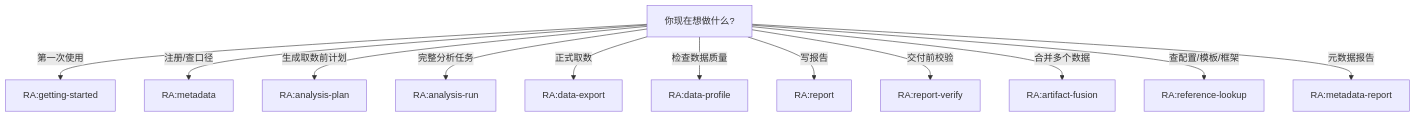
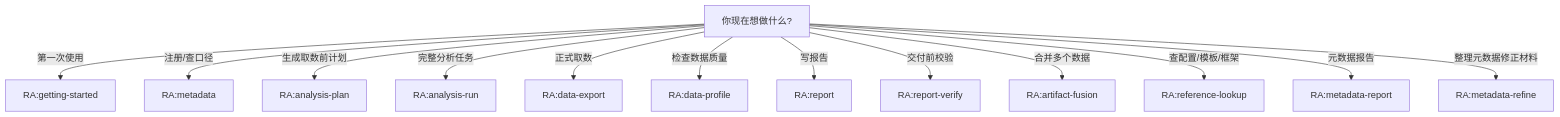
Before and after one commit to dabaige53/RealAnalyst: the second of 4 diagrams in skills/README.md, drawn with Mermaid. The commit also changed other lines of this file and 20 other files, not shown here.

Commit message:
feat: add metadata refine workflow

````diff
--- a/skills/README.md
+++ b/skills/README.md
@@ -123,15 +127,16 @@
 ```mermaid
 flowchart TD
     Q[你现在想做什么?]
     Q -->|第一次使用| GS["RA:getting-started"]
     Q -->|注册/查口径| M["RA:metadata"]
     Q -->|生成取数前计划| AP["RA:analysis-plan"]
     Q -->|完整分析任务| AR["RA:analysis-run"]
     Q -->|正式取数| EX["RA:data-export"]
     Q -->|检查数据质量| DP["RA:data-profile"]
     Q -->|写报告| R["RA:report"]
     Q -->|交付前校验| RV["RA:report-verify"]
     Q -->|合并多个数据| AF["RA:artifact-fusion"]
     Q -->|查配置/模板/框架| RL["RA:reference-lookup"]
     Q -->|元数据报告| MR["RA:metadata-report"]
+    Q -->|整理元数据修正材料| REF["RA:metadata-refine"]
 ```
````
